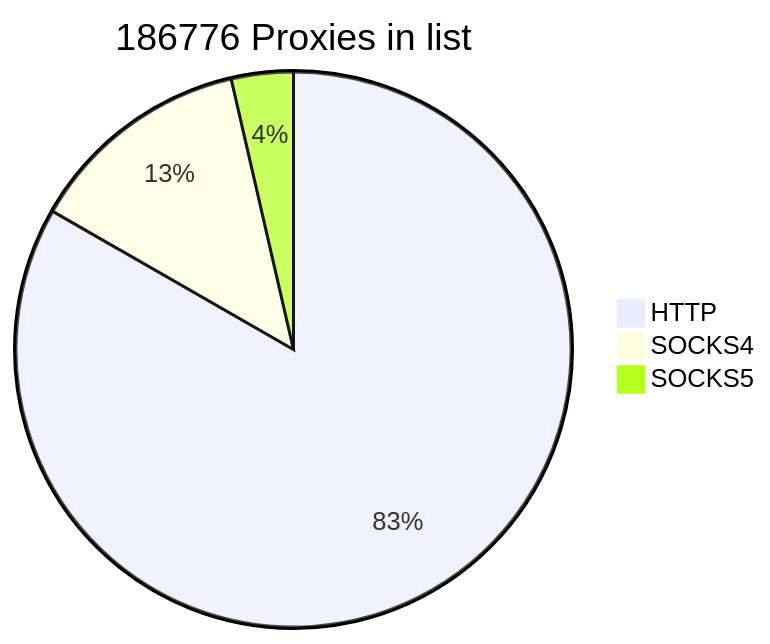
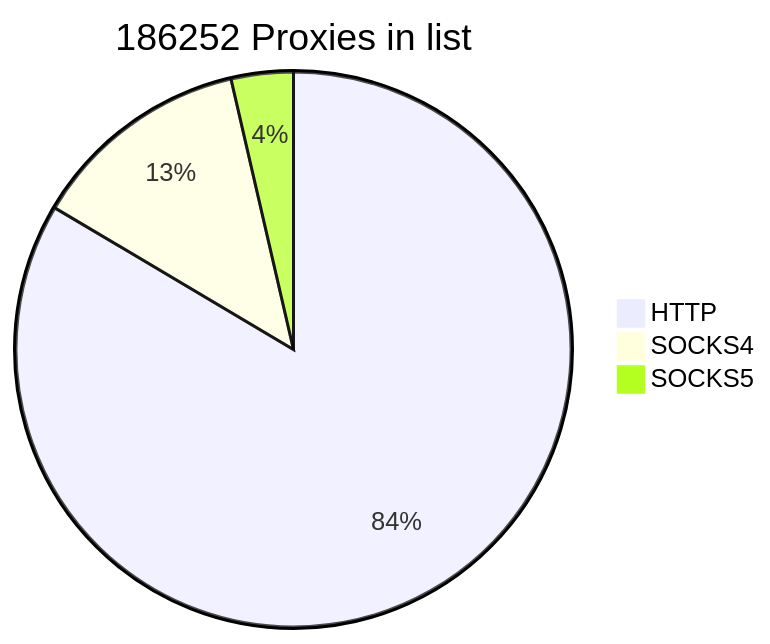
Before and after one commit to cutipu/proxylist: the first of 2 diagrams in README.md, drawn with Mermaid. The commit also changed other lines of this file, not shown here.

````diff
--- a/README.md
+++ b/README.md
@@ -2,7 +2,7 @@
 ```mermaid
-pie title 186776 Proxies in list
+pie title 186252 Proxies in list
     "HTTP" : 155565
-    "SOCKS4" : 24486
-    "SOCKS5" : 6725
+    "SOCKS4" : 23957
+    "SOCKS5" : 6730
             
 ```
````
